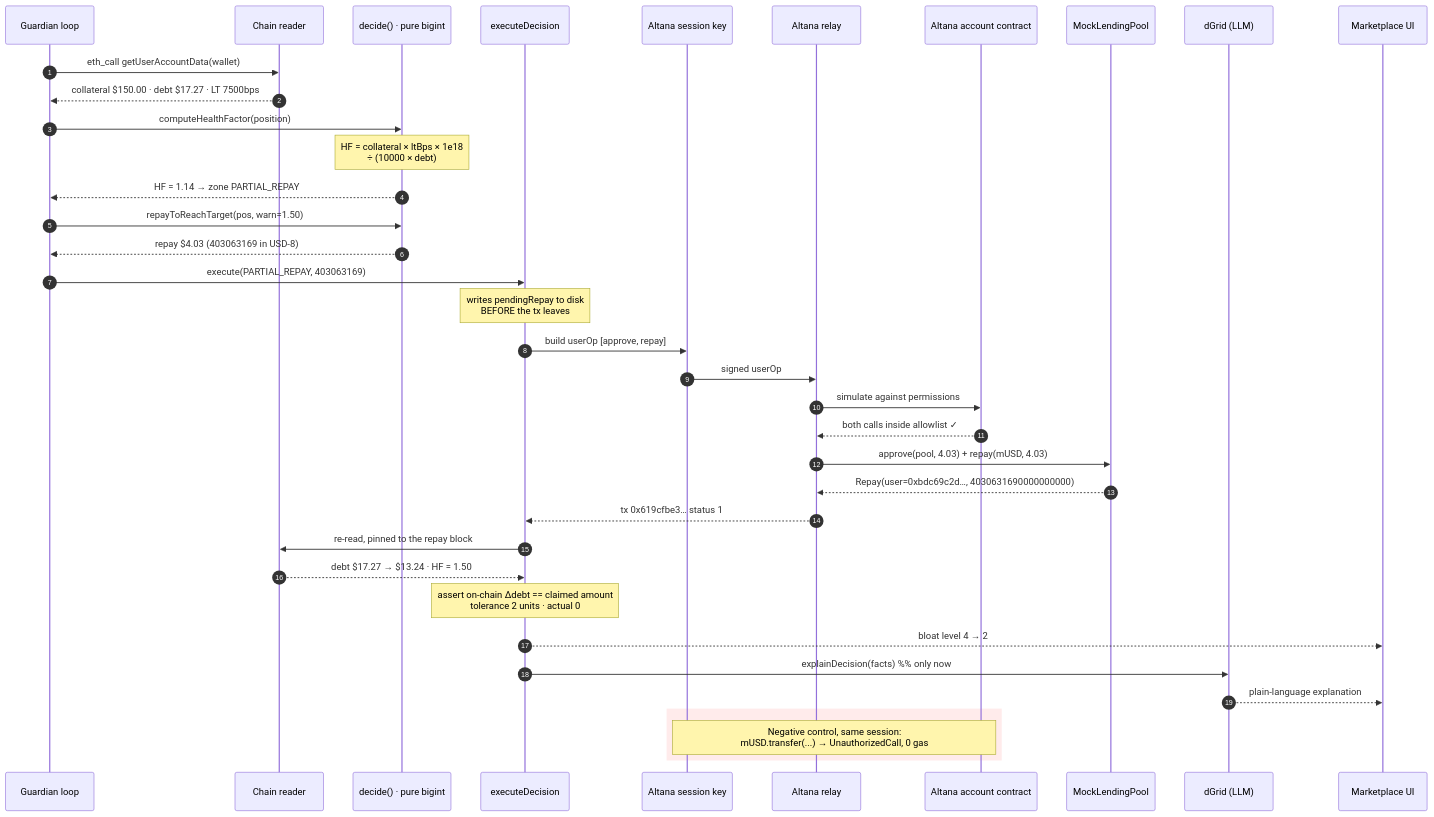
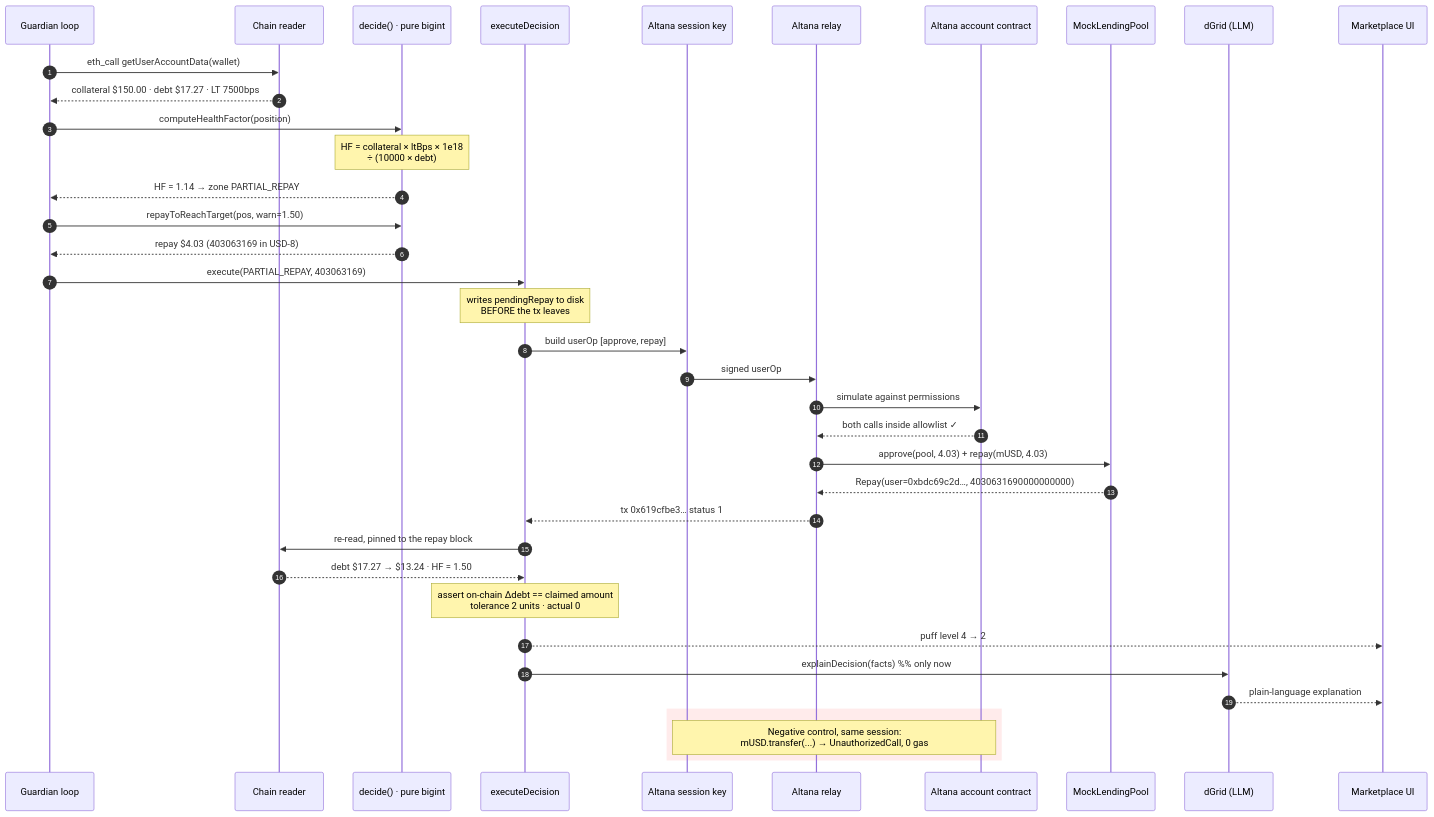
Before and after one commit to Lexirieru/fugugent: the second of 2 diagrams in README.md, drawn with Mermaid. The commit also changed other lines of this file and 2 other files, not shown here.

First line of the commit message:
docs: refresh stale STATUS claims and settle puff-level naming

````diff
--- a/README.md
+++ b/README.md
@@ -284,44 +284,44 @@
 ```mermaid
 sequenceDiagram
     autonumber
     participant L as Guardian loop
     participant R as Chain reader
     participant D as decide() · pure bigint
     participant X as executeDecision
     participant S as Altana session key
     participant RL as Altana relay
     participant A as Altana account contract
     participant P as MockLendingPool
     participant G as dGrid (LLM)
     participant UI as Marketplace UI
 
     L->>R: eth_call getUserAccountData(wallet)
     R-->>L: collateral $150.00 · debt $17.27 · LT 7500bps
     L->>D: computeHealthFactor(position)
     Note over D: HF = collateral × ltBps × 1e18<br/>÷ (10000 × debt)
     D-->>L: HF = 1.14 → zone PARTIAL_REPAY
     L->>D: repayToReachTarget(pos, warn=1.50)
     D-->>L: repay $4.03 (403063169 in USD-8)
 
     L->>X: execute(PARTIAL_REPAY, 403063169)
     Note over X: writes pendingRepay to disk<br/>BEFORE the tx leaves
     X->>S: build userOp [approve, repay]
     S->>RL: signed userOp
     RL->>A: simulate against permissions
     A-->>RL: both calls inside allowlist ✓
     RL->>P: approve(pool, 4.03) + repay(mUSD, 4.03)
     P-->>RL: Repay(user=0xbdc69c2d…, 4030631690000000000)
     RL-->>X: tx 0x619cfbe3… status 1
 
     X->>R: re-read, pinned to the repay block
     R-->>X: debt $17.27 → $13.24 · HF = 1.50
     Note over X: assert on-chain Δdebt == claimed amount<br/>tolerance 2 units · actual 0
 
-    X-->>UI: bloat level 4 → 2
+    X-->>UI: puff level 4 → 2
     X->>G: explainDecision(facts)  %% only now
     G-->>UI: plain-language explanation
 
     rect rgb(255, 235, 235)
         Note over S,A: Negative control, same session:<br/>mUSD.transfer(...) → UnauthorizedCall, 0 gas
     end
 ```
````
